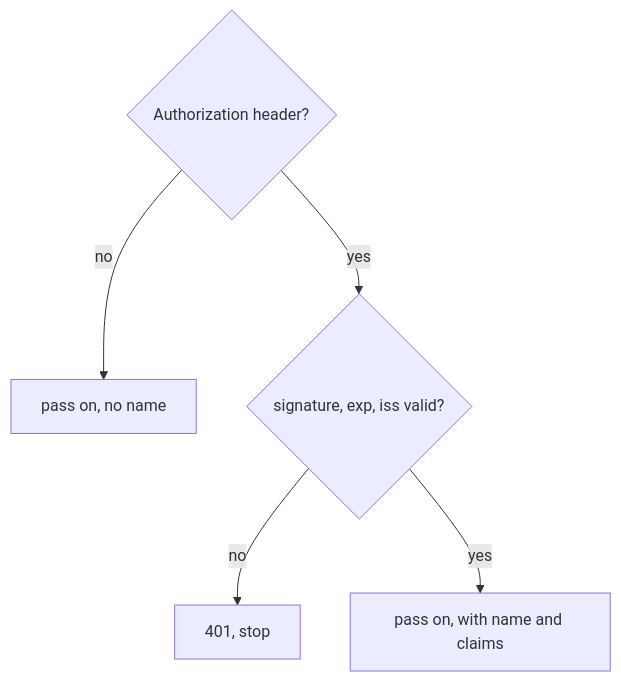
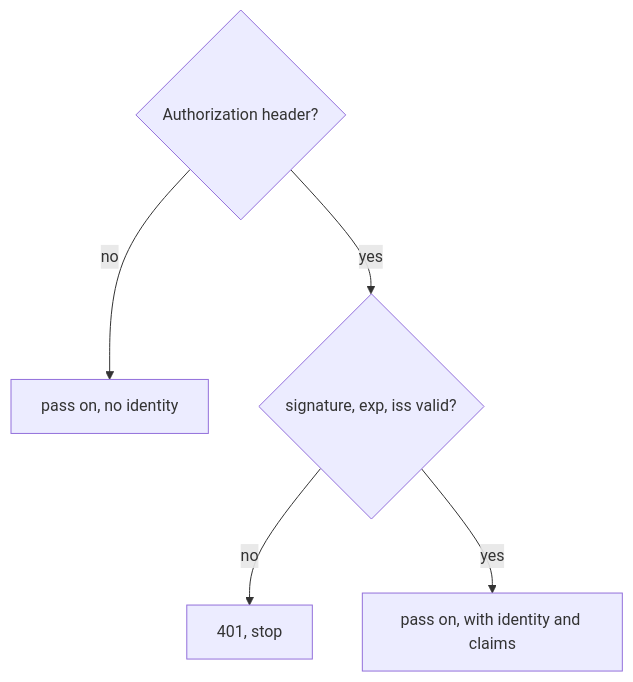
One commit to astrona-io/ATS015 changed the first of 2 diagrams in sections/section-030/module-01/course-02-check-the-token.md. Above: the diagram before and after it, drawn with Mermaid. The commit also changed other lines of this file and 32 other files, not shown here.

````diff
--- a/sections/section-030/module-01/course-02-check-the-token.md
+++ b/sections/section-030/module-01/course-02-check-the-token.md
@@ -64,7 +64,7 @@
 ```mermaid
 flowchart TB
-    Q1{"Authorization header?"} -->|"no"| P["pass on, no name"]
+    Q1{"Authorization header?"} -->|"no"| P["pass on, no identity"]
     Q1 -->|"yes"| Q2{"signature, exp, iss valid?"}
     Q2 -->|"no"| E["401, stop"]
-    Q2 -->|"yes"| A["pass on, with name and claims"]
+    Q2 -->|"yes"| A["pass on, with identity and claims"]
 ```
````
